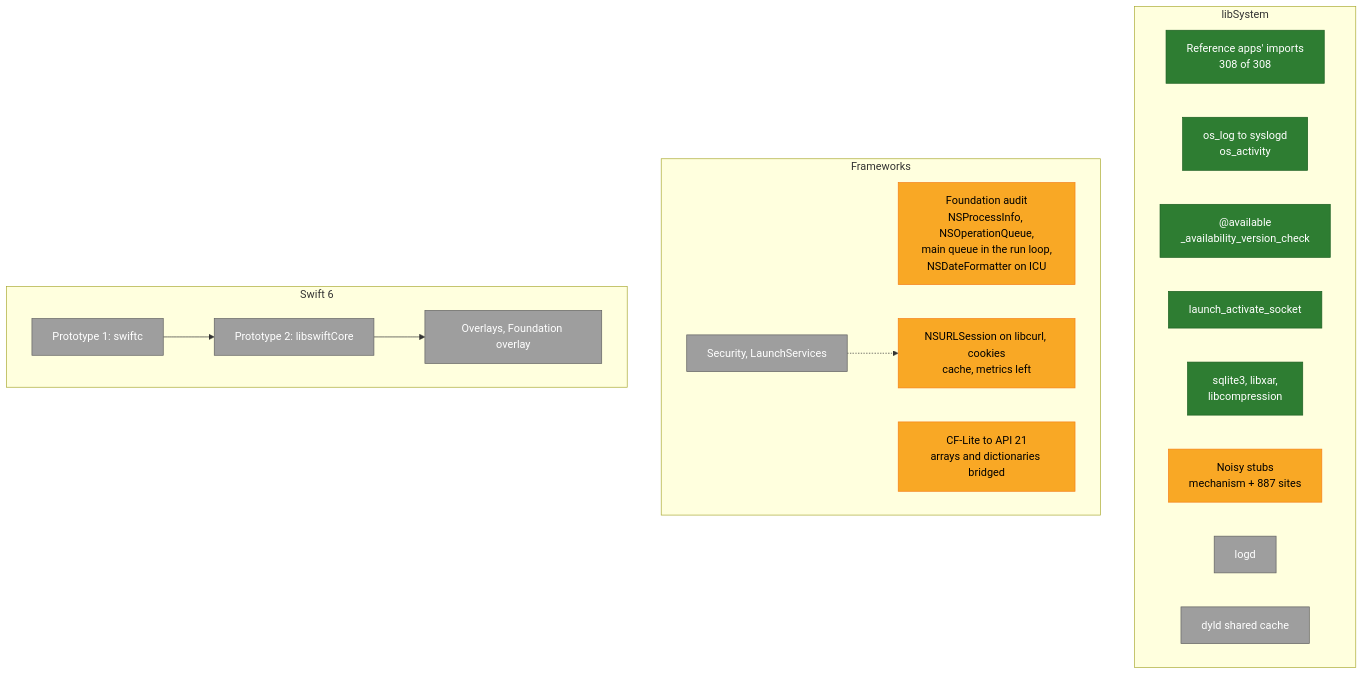
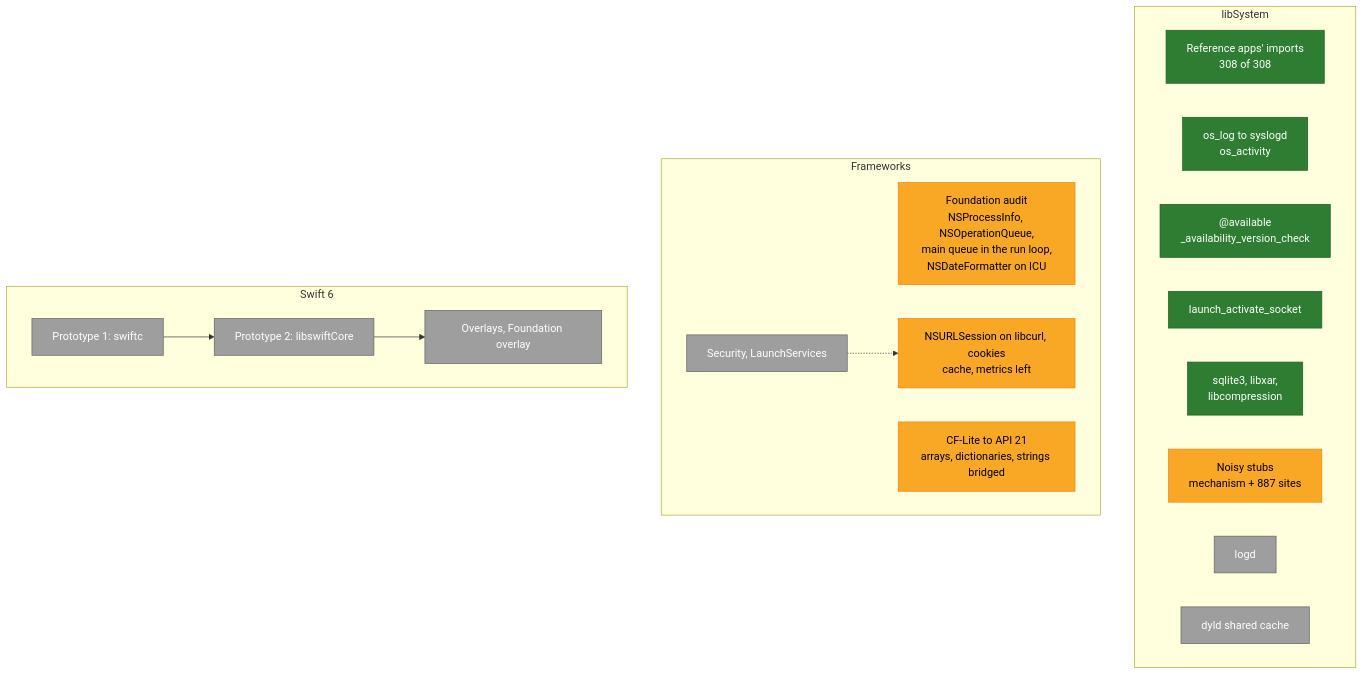
The second of 4 diagrams in Docs/Progress.md (minkaros/minkar), drawn with Mermaid before and after one commit. The commit also changed 3 other files, not shown here.

````diff
--- a/Docs/Progress.md
+++ b/Docs/Progress.md
@@ -37,30 +37,30 @@
 ```mermaid
 flowchart TB
     subgraph LS["libSystem"]
         L1["Reference apps' imports<br/>308 of 308"]:::done
         L2["os_log to syslogd<br/>os_activity"]:::done
         L3["@available<br/>_availability_version_check"]:::done
         L4["launch_activate_socket"]:::done
         L8["sqlite3, libxar,<br/>libcompression"]:::done
         L5["Noisy stubs<br/>mechanism + 887 sites"]:::partial
         L6["logd"]:::todo
         L7["dyld shared cache"]:::todo
     end
     subgraph FW["Frameworks"]
         F1["Foundation audit<br/>NSProcessInfo, NSOperationQueue,<br/>main queue in the run loop,<br/>NSDateFormatter on ICU"]:::partial
         F2["NSURLSession on libcurl, cookies<br/>cache, metrics left"]:::partial
-        F3["CF-Lite to API 21<br/>arrays and dictionaries bridged"]:::partial
+        F3["CF-Lite to API 21<br/>arrays, dictionaries, strings bridged"]:::partial
         F4["Security, LaunchServices"]:::todo
     end
     subgraph SW["Swift 6"]
         S1["Prototype 1: swiftc"]:::todo
         S2["Prototype 2: libswiftCore"]:::todo
         S3["Overlays, Foundation overlay"]:::todo
     end
     S1 --> S2 --> S3
     F4 -.-> F2
 
     classDef done fill:#2e7d32,stroke:#1b5e20,color:#fff
     classDef partial fill:#f9a825,stroke:#f57f17,color:#000
     classDef todo fill:#9e9e9e,stroke:#616161,color:#fff
 ```
````
